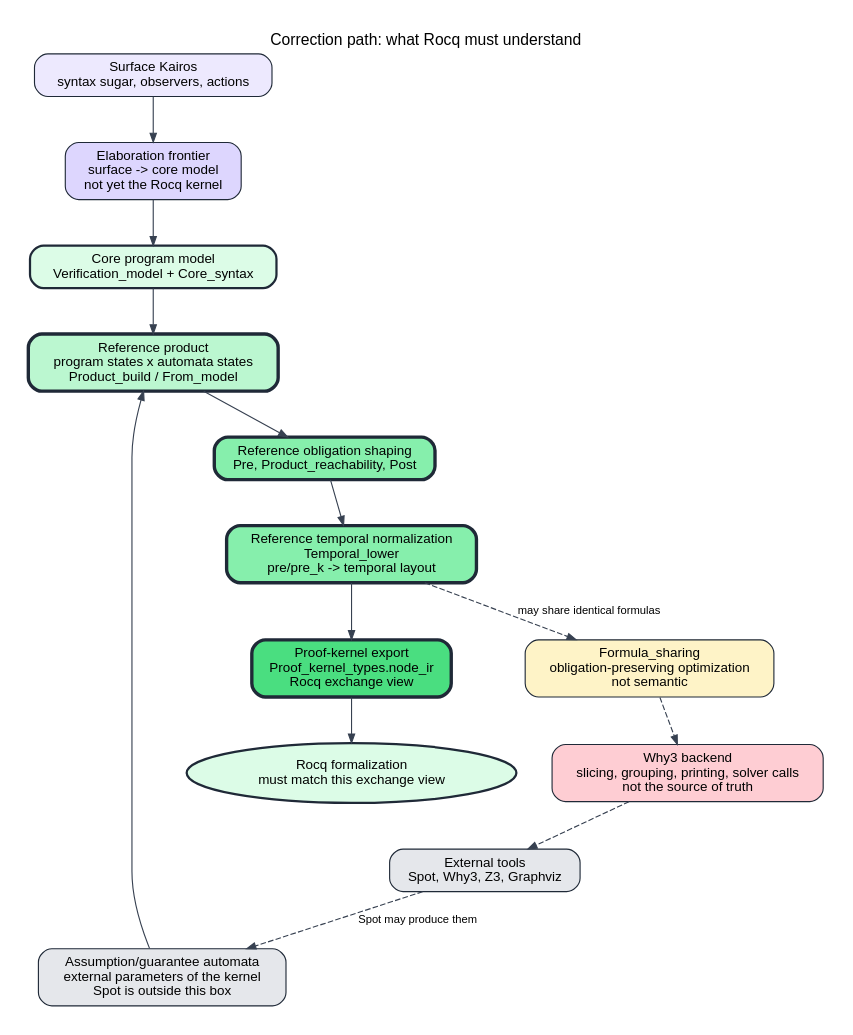
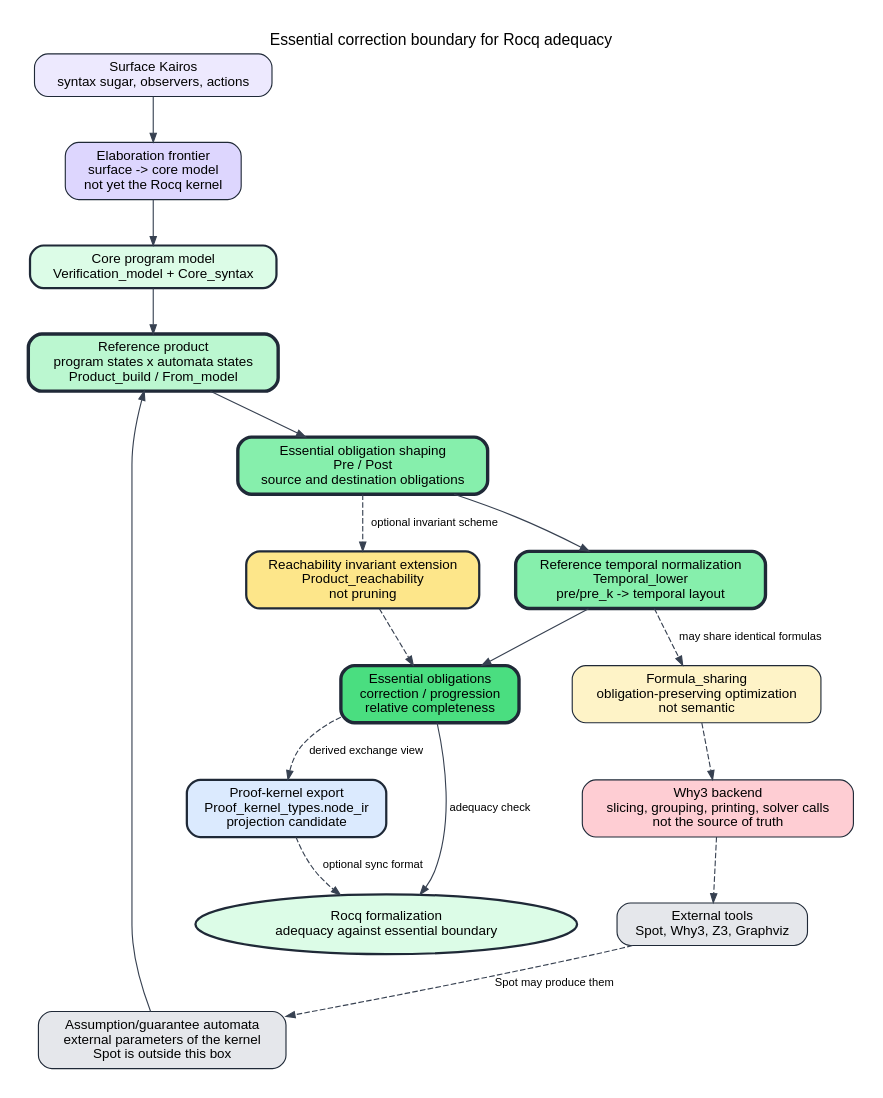
Before and after one commit to DabrowskiFr/Kairos: the diagram in docs/architecture/manual/correction-path.dot, drawn with Graphviz. The commit also changed 174 other files, not shown here.

Commit message:
Consolidate verification architecture cleanup

```diff
--- a/docs/architecture/manual/correction-path.dot
+++ b/docs/architecture/manual/correction-path.dot
@@ -1,109 +1,125 @@
 digraph KairosCorrectionPath {
   graph [
     rankdir=TB,
     bgcolor="white",
     pad="0.25",
     nodesep="0.45",
     ranksep="0.55",
     fontname="Helvetica",
     labelloc="t",
-    label="Correction path: what Rocq must understand"
+    label="Essential correction boundary for Rocq adequacy"
   ];
 
   node [
     shape=box,
     style="rounded,filled",
     fontname="Helvetica",
     fontsize=12,
     margin="0.12,0.08",
     color="#1f2937"
   ];
 
   edge [
     fontname="Helvetica",
     fontsize=10,
     color="#374151",
     arrowsize=0.8
   ];
 
   surface [
     label="Surface Kairos\nsyntax sugar, observers, actions",
     fillcolor="#ede9fe"
   ];
 
   elaboration [
     label="Elaboration frontier\nsurface -> core model\nnot yet the Rocq kernel",
     fillcolor="#ddd6fe"
   ];
 
   core [
     label="Core program model\nVerification_model + Core_syntax",
     fillcolor="#dcfce7",
     penwidth=2
   ];
 
   automata [
     label="Assumption/guarantee automata\nexternal parameters of the kernel\nSpot is outside this box",
     fillcolor="#e5e7eb"
   ];
 
   product [
     label="Reference product\nprogram states x automata states\nProduct_build / From_model",
     fillcolor="#bbf7d0",
     penwidth=3
   ];
 
   prepost [
-    label="Reference obligation shaping\nPre, Product_reachability, Post",
+    label="Essential obligation shaping\nPre / Post\nsource and destination obligations",
     fillcolor="#86efac",
     penwidth=3
+  ];
+
+  reachability [
+    label="Reachability invariant extension\nProduct_reachability\nnot pruning",
+    fillcolor="#fde68a",
+    penwidth=2
   ];
 
   temporal [
     label="Reference temporal normalization\nTemporal_lower\npre/pre_k -> temporal layout",
     fillcolor="#86efac",
     penwidth=3
   ];
 
-  kernel_export [
-    label="Proof-kernel export\nProof_kernel_types.node_ir\nRocq exchange view",
+  obligations [
+    label="Essential obligations\ncorrection / progression\nrelative completeness",
     fillcolor="#4ade80",
     penwidth=3
   ];
 
+  kernel_export [
+    label="Proof-kernel export\nProof_kernel_types.node_ir\nprojection candidate",
+    fillcolor="#dbeafe",
+    penwidth=2
+  ];
+
   rocq [
-    label="Rocq formalization\nmust match this exchange view",
+    label="Rocq formalization\nadequacy against essential boundary",
     shape=oval,
     fillcolor="#dcfce7",
     penwidth=2
   ];
 
   sharing [
     label="Formula_sharing\nobligation-preserving optimization\nnot semantic",
     fillcolor="#fef3c7"
   ];
 
   backend [
     label="Why3 backend\nslicing, grouping, printing, solver calls\nnot the source of truth",
     fillcolor="#fecdd3"
   ];
 
   external [
     label="External tools\nSpot, Why3, Z3, Graphviz",
     fillcolor="#e5e7eb"
   ];
 
   surface -> elaboration;
   elaboration -> core;
   core -> product;
   automata -> product;
   product -> prepost;
   prepost -> temporal;
-  temporal -> kernel_export;
-  kernel_export -> rocq;
+  temporal -> obligations;
+  obligations -> rocq [label="adequacy check"];
+  prepost -> reachability [style=dashed, label="optional invariant scheme"];
+  reachability -> obligations [style=dashed];
+  obligations -> kernel_export [style=dashed, label="derived exchange view"];
+  kernel_export -> rocq [style=dashed, label="optional sync format"];
 
   temporal -> sharing [style=dashed, label="may share identical formulas"];
   sharing -> backend [style=dashed];
   backend -> external [style=dashed];
   external -> automata [style=dashed, label="Spot may produce them"];
 }
```
